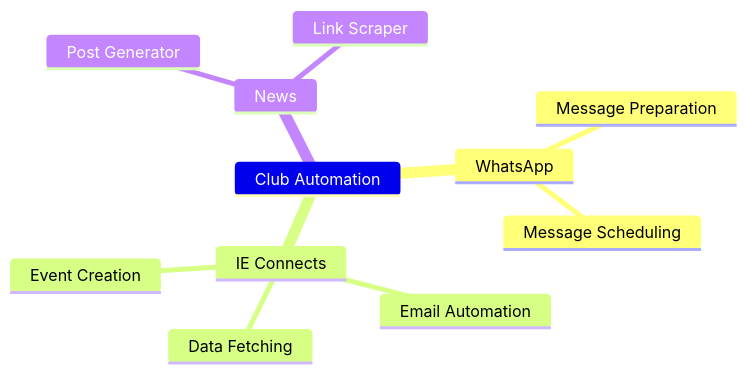
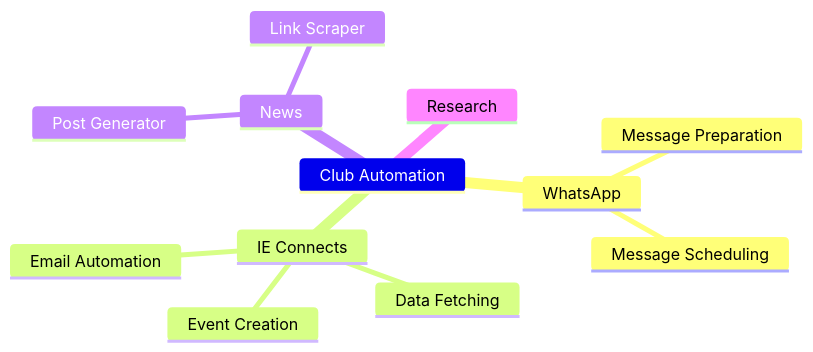
One commit to IERoboticsClub/club-automation changed the diagram in README.md. Above: the diagram before and after it, drawn with Mermaid.

````diff
--- a/README.md
+++ b/README.md
@@ -1,14 +1,15 @@
 ```mermaid
 mindmap
 Club Automation
   WhatsApp
     Message Preparation
     Message Scheduling
   IE Connects
     Email Automation
     Data Fetching
     Event Creation
   News
     Post Generator
     Link Scraper
+  Research
 ```
````
